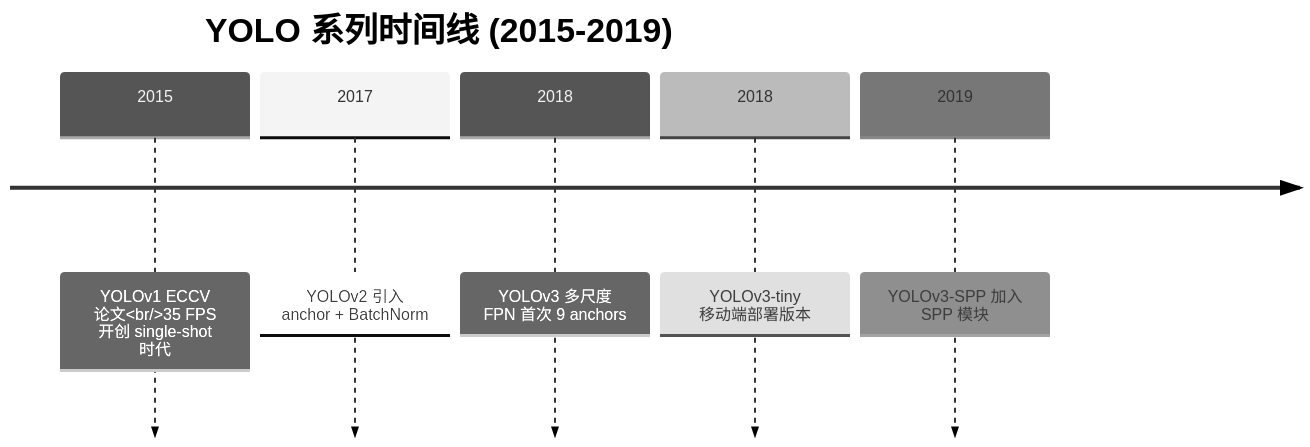
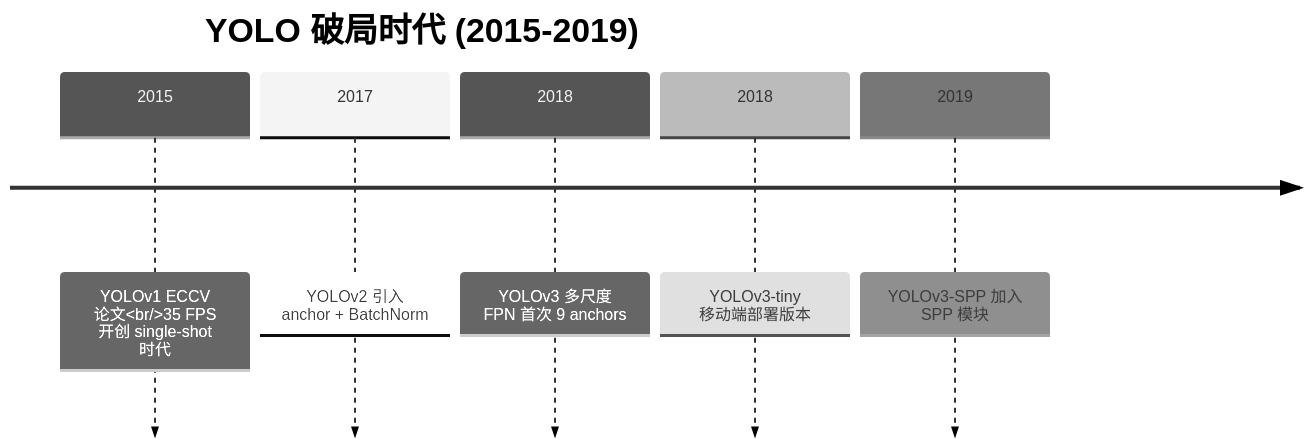
The second of 6 diagrams in docs/global/timeline.md (yejinlei/agent-yolo), drawn with Mermaid (neutral theme) before and after one commit. The commit also changed other lines of this file and 3 other files, not shown here.

Commit message:
docs: add Batch 4 (case cross-compare, matrix expansion, timeline viz, glossary bilingual)

````diff
--- a/docs/global/timeline.md
+++ b/docs/global/timeline.md
@@ -5,9 +48,9 @@
 ```mermaid
 timeline
-  title YOLO 系列时间线 (2015-2019)
+  title YOLO 破局时代 (2015-2019)
   2015 : YOLOv1 ECCV 论文<br/>35 FPS 开创 single-shot 时代
   2017 : YOLOv2 引入 anchor + BatchNorm
   2018 : YOLOv3 多尺度 FPN 首次 9 anchors
   2018 : YOLOv3-tiny 移动端部署版本
   2019 : YOLOv3-SPP 加入 SPP 模块
 ```
````
